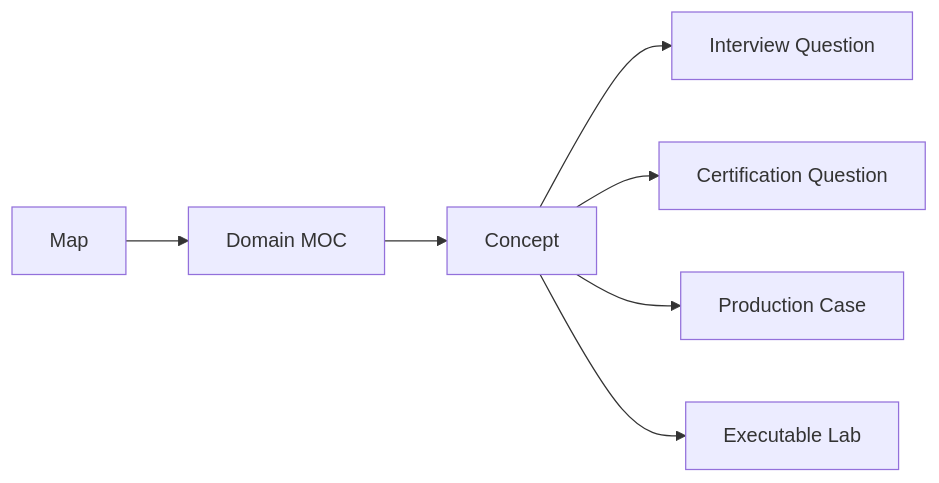
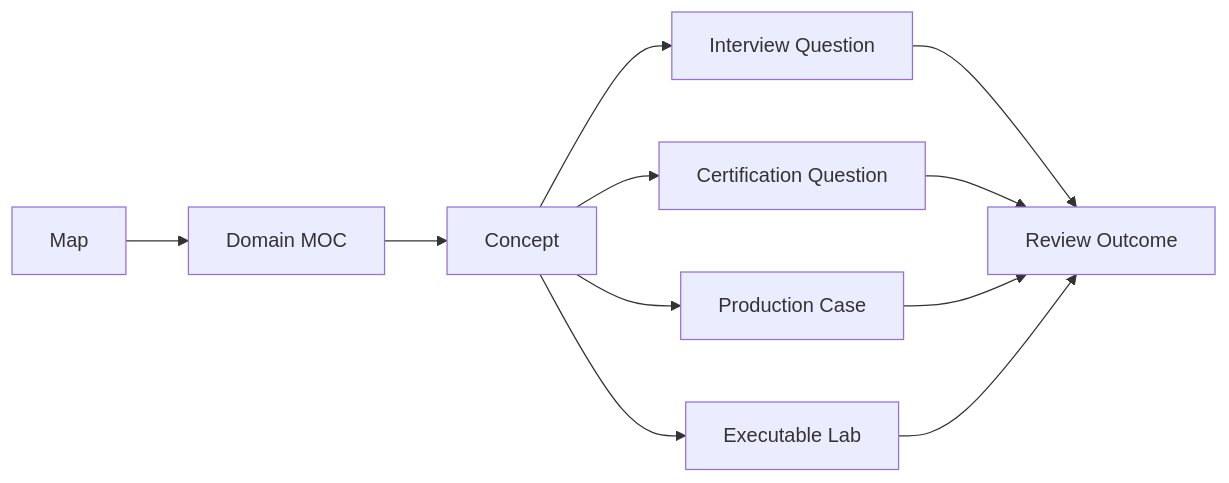
The second of 3 diagrams in 00_HOME/Java Backend Knowledge System.md (alimbetov/obsidian), drawn with Mermaid before and after one commit. The commit also changed other lines of this file, not shown here.

Commit message:
Add review dashboard and Spring CORE-B02 route

````diff
--- a/00_HOME/Java Backend Knowledge System.md
+++ b/00_HOME/Java Backend Knowledge System.md
@@ -72,9 +119,13 @@
 ```mermaid
 flowchart LR
     MAP[Map] --> MOC[Domain MOC]
     MOC --> CONCEPT[Concept]
     CONCEPT --> INTERVIEW[Interview Question]
     CONCEPT --> CERTIFICATION[Certification Question]
     CONCEPT --> CASE[Production Case]
     CONCEPT --> LAB[Executable Lab]
+    INTERVIEW --> REVIEW[Review Outcome]
+    CERTIFICATION --> REVIEW
+    CASE --> REVIEW
+    LAB --> REVIEW
 ```
````
